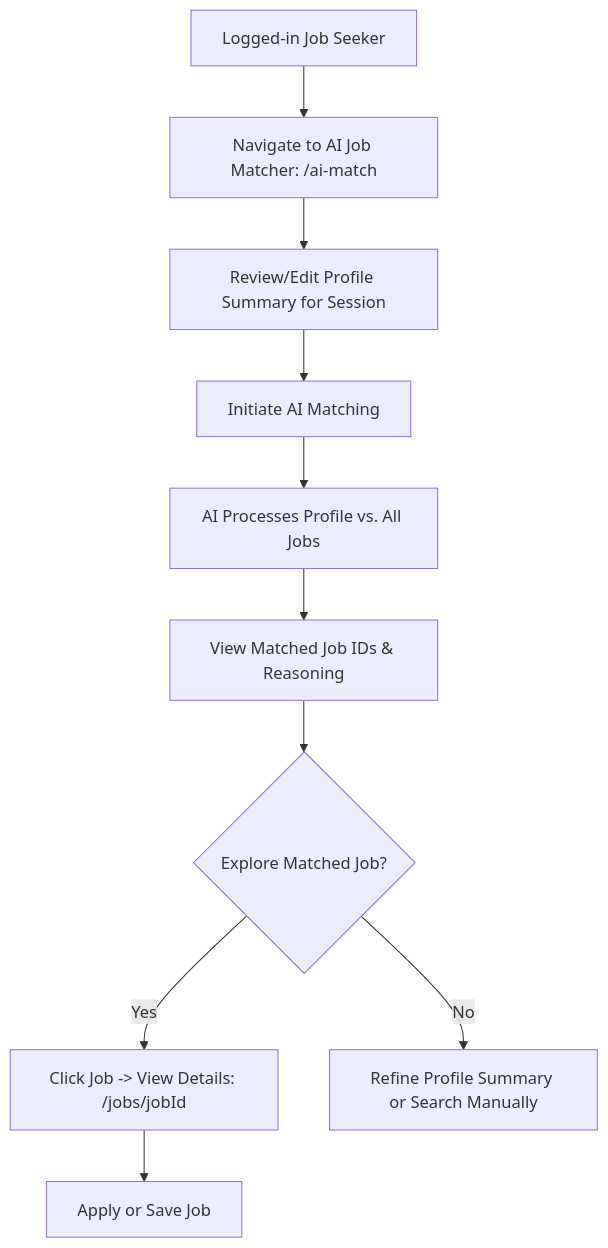
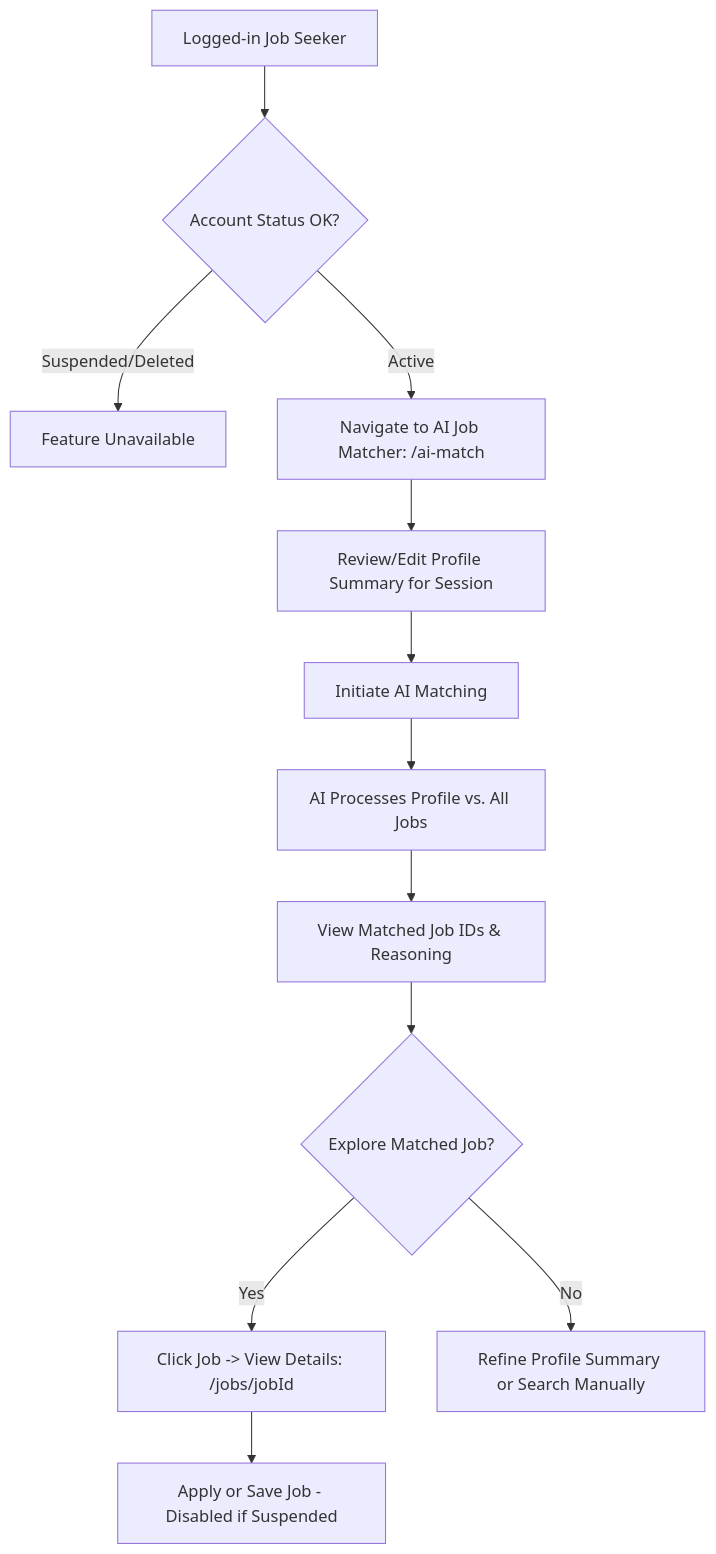
Before and after one commit to KishoreKammela/JobBoardly: the second of 2 diagrams in docs/job-seeker-features.md, drawn with Mermaid. The commit also changed other lines of this file and 3 other files, not shown here.

````diff
--- a/docs/job-seeker-features.md
+++ b/docs/job-seeker-features.md
@@ -114,12 +129,14 @@
 ```mermaid
 graph TD
-    A[Logged-in Job Seeker] --> B[Navigate to AI Job Matcher: /ai-match]
+    A[Logged-in Job Seeker] --> A_check_status{Account Status OK?}
+    A_check_status -- Suspended/Deleted --> A_disabled[Feature Unavailable]
+    A_check_status -- Active --> B[Navigate to AI Job Matcher: /ai-match]
     B --> C[Review/Edit Profile Summary for Session]
     C --> D[Initiate AI Matching]
     D --> E[AI Processes Profile vs. All Jobs]
     E --> F[View Matched Job IDs & Reasoning]
     F --> G{Explore Matched Job?}
     G -- Yes --> H[Click Job -> View Details: /jobs/jobId]
-    H --> I[Apply or Save Job]
+    H --> I[Apply or Save Job - Disabled if Suspended]
     G -- No --> J[Refine Profile Summary or Search Manually]
 ```
````
